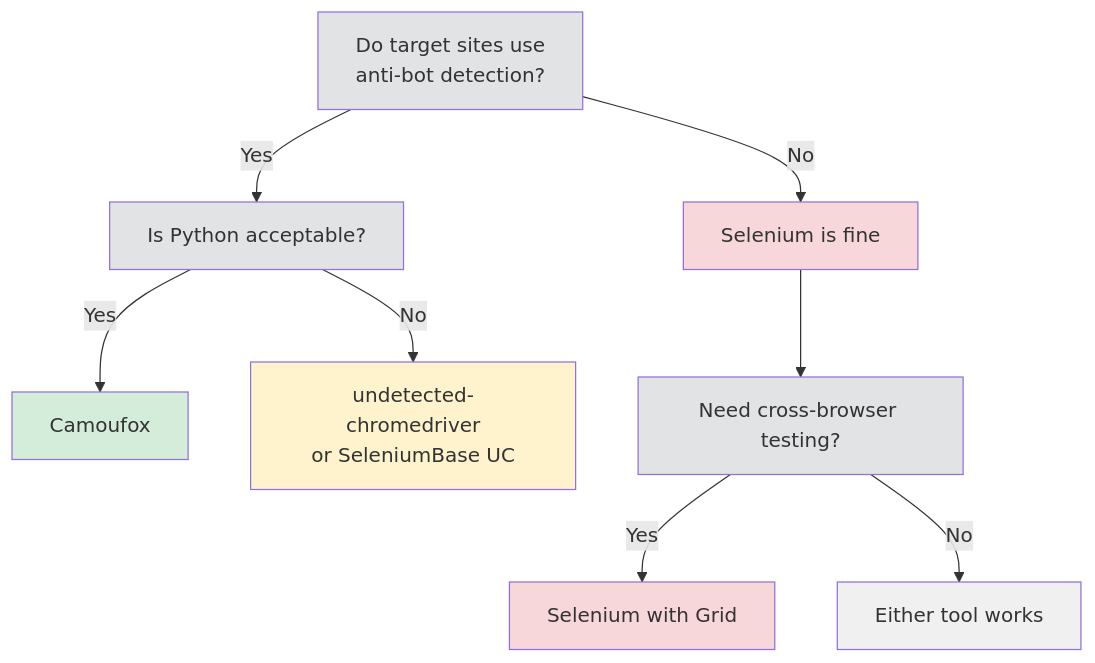
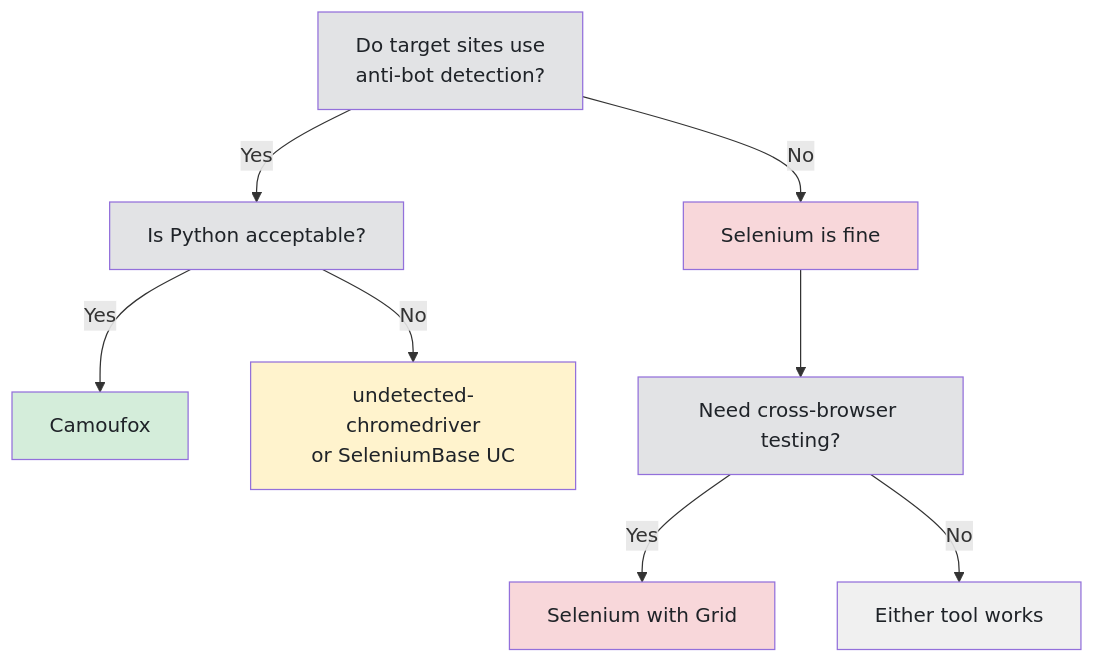
Before and after one commit to bytetunnels/bytetunnels.github.com: the fifth of 5 diagrams in _posts/2026-02-14-camoufox-vs-selenium-anti-detection-approaches-compared.md, drawn with Mermaid. The commit also changed other lines of this file and 118 other files, not shown here.

Commit message:
feat: improve diagram styling and compact wide flowcharts

````diff
--- a/_posts/2026-02-14-camoufox-vs-selenium-anti-detection-approaches-compared.md
+++ b/_posts/2026-02-14-camoufox-vs-selenium-anti-detection-approaches-compared.md
@@ -448,19 +448,19 @@
 ```mermaid
 graph TD
     A["Do target sites use<br>anti-bot detection?"] -->|"No"| B["Selenium is fine"]
     A -->|"Yes"| C["Is Python acceptable?"]
     C -->|"Yes"| D["Camoufox"]
     C -->|"No"| E["undetected-chromedriver<br>or SeleniumBase UC"]
     B --> F["Need cross-browser testing?"]
     F -->|"Yes"| G["Selenium with Grid"]
     F -->|"No"| H["Either tool works"]
 
-    style A fill:#e2e3e5
-    style B fill:#f8d7da
-    style C fill:#e2e3e5
-    style D fill:#d4edda
-    style E fill:#fff3cd
-    style F fill:#e2e3e5
-    style G fill:#f8d7da
-    style H fill:#f0f0f0
+    style A fill:#e2e3e5,color:#1f2328
+    style B fill:#f8d7da,color:#1f2328
+    style C fill:#e2e3e5,color:#1f2328
+    style D fill:#d4edda,color:#1f2328
+    style E fill:#fff3cd,color:#1f2328
+    style F fill:#e2e3e5,color:#1f2328
+    style G fill:#f8d7da,color:#1f2328
+    style H fill:#f0f0f0,color:#1f2328
 ```
````
